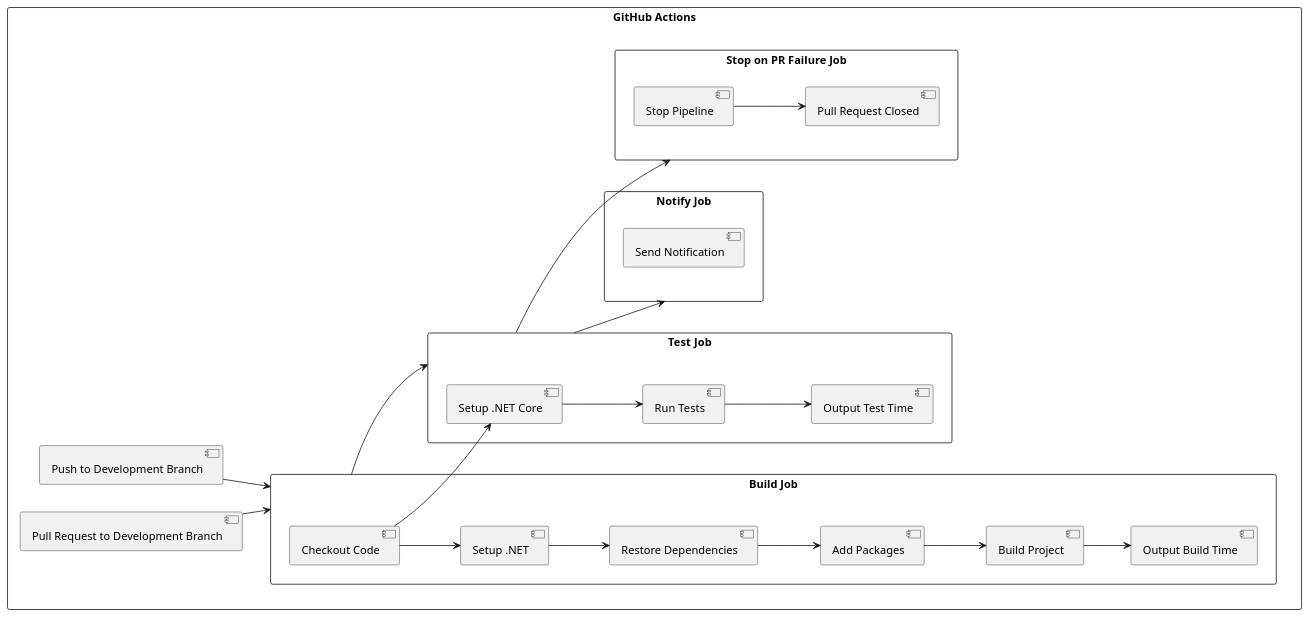
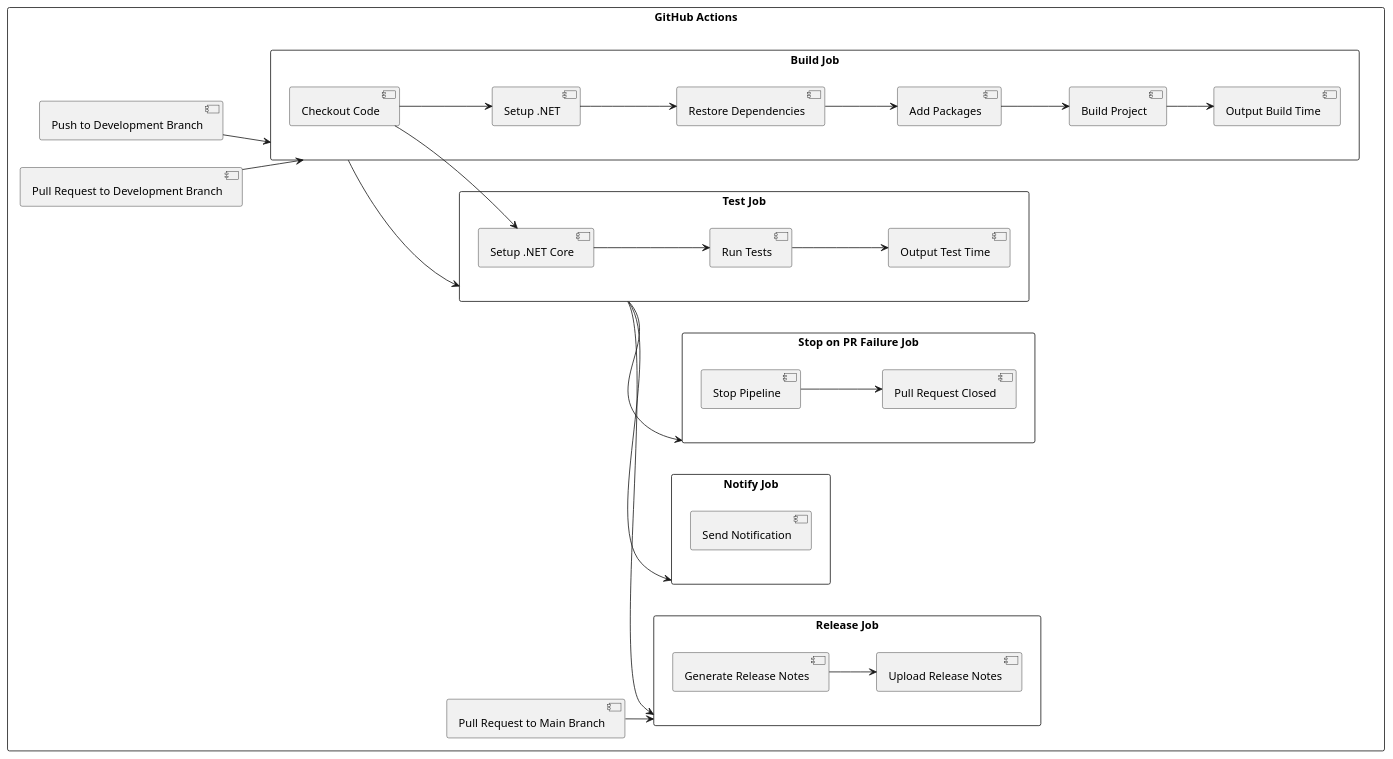
The diagram in Diagrams/Deploymentdiagram.puml (safouuwa/Software-Construction), drawn with PlantUML before and after one commit. The commit also changed 1 other file, not shown here.

Commit message:
Updated Deployment Diagram

```diff
--- a/Diagrams/Deploymentdiagram.puml
+++ b/Diagrams/Deploymentdiagram.puml
@@ -1,37 +1,44 @@
 @startuml
 left to right direction
 skinparam packageStyle rectangle
 
 package "GitHub Actions" {
   [Push to Development Branch] --> [Build Job]
   [Pull Request to Development Branch] --> [Build Job]
+  [Pull Request to Main Branch] --> [Release Job]
 
   package "Build Job" {
     [Checkout Code] --> [Setup .NET]
     [Setup .NET] --> [Restore Dependencies]
     [Restore Dependencies] --> [Add Packages]
     [Add Packages] --> [Build Project]
     [Build Project] --> [Output Build Time]
   }
 
   [Build Job] --> [Test Job]
 
   package "Test Job" {
     [Checkout Code] --> [Setup .NET Core]
     [Setup .NET Core] --> [Run Tests]
     [Run Tests] --> [Output Test Time]
   }
 
   [Test Job] --> [Notify Job]
   [Test Job] --> [Stop on PR Failure Job]
 
   package "Notify Job" {
     [Send Notification]
   }
 
   package "Stop on PR Failure Job" {
     [Stop Pipeline] --> [Pull Request Closed]
   }
+
+  [Test Job] --> [Release Job]
+
+  package "Release Job" {
+    [Generate Release Notes] --> [Upload Release Notes]
+  }
 }
 
 @enduml
```
